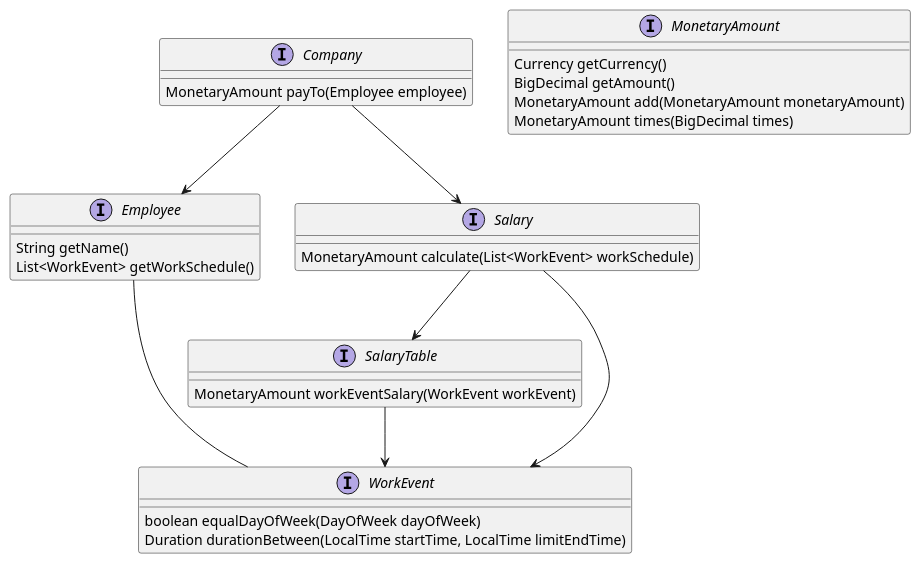
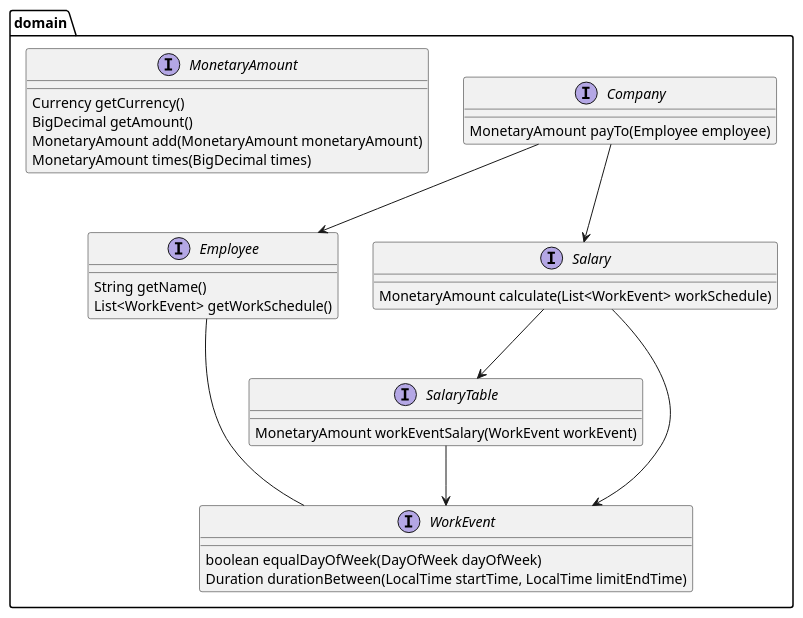
One commit to nelsongonzalez/acme-payments changed the diagram in classes.puml. Above: the diagram before and after it, drawn with PlantUML. The commit also changed 3 other files, not shown here.

```diff
--- a/classes.puml
+++ b/classes.puml
@@ -1,46 +1,48 @@
 @startuml
 
 'interface Company
 'interface Employee
 'interface MonetaryAmount
 'interface SalaryTable
 'interface Salary
 'interface WorkEvent
 
-interface Company {
-    MonetaryAmount payTo(Employee employee)
+package "domain" {
+    interface Company {
+        MonetaryAmount payTo(Employee employee)
+    }
+
+    interface Employee {
+        String getName()
+        List<WorkEvent> getWorkSchedule()
+    }
+
+    interface MonetaryAmount {
+        Currency getCurrency()
+        BigDecimal getAmount()
+        MonetaryAmount add(MonetaryAmount monetaryAmount)
+        MonetaryAmount times(BigDecimal times)
+    }
+
+    interface Salary {
+        MonetaryAmount calculate(List<WorkEvent> workSchedule)
+    }
+
+    interface SalaryTable {
+        MonetaryAmount workEventSalary(WorkEvent workEvent)
+    }
+
+    interface WorkEvent {
+        boolean equalDayOfWeek(DayOfWeek dayOfWeek)
+        Duration durationBetween(LocalTime startTime, LocalTime limitEndTime)
+    }
+
+    Company --> Employee
+    Company --> Salary
+    Employee --- WorkEvent
+    Salary --> WorkEvent
+    Salary --> SalaryTable
+    SalaryTable --> WorkEvent
 }
 
-interface Employee {
-    String getName()
-    List<WorkEvent> getWorkSchedule()
-}
-
-interface MonetaryAmount {
-    Currency getCurrency()
-    BigDecimal getAmount()
-    MonetaryAmount add(MonetaryAmount monetaryAmount)
-    MonetaryAmount times(BigDecimal times)
-}
-
-interface Salary {
-    MonetaryAmount calculate(List<WorkEvent> workSchedule)
-}
-
-interface SalaryTable {
-    MonetaryAmount workEventSalary(WorkEvent workEvent)
-}
-
-interface WorkEvent {
-    boolean equalDayOfWeek(DayOfWeek dayOfWeek)
-    Duration durationBetween(LocalTime startTime, LocalTime limitEndTime)
-}
-
-Company --> Employee
-Company --> Salary
-Employee --- WorkEvent
-Salary --> WorkEvent
-Salary --> SalaryTable
-SalaryTable --> WorkEvent
-
 @enduml
```
